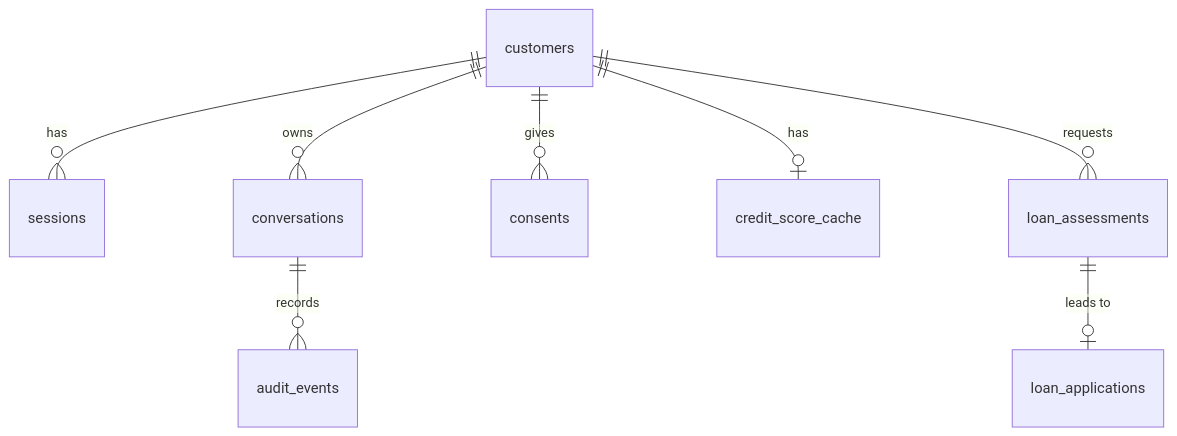
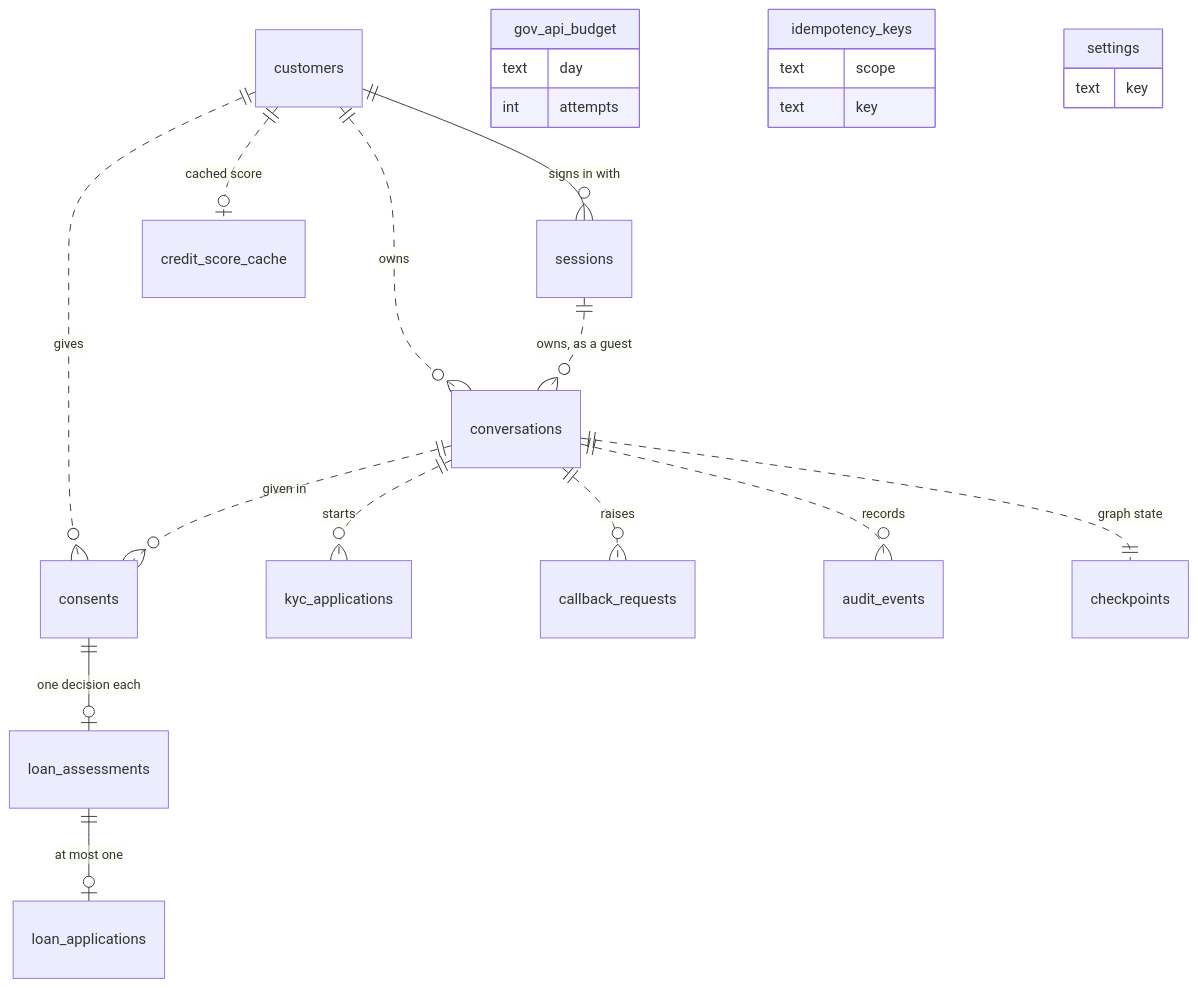
The sixth of 7 diagrams in docs/ARCHITECTURE.md (samitha9125/Kaya-Interview), drawn with Mermaid before and after one commit. The commit also changed other lines of this file, not shown here.

First line of the commit message:
docs(architecture): a database design section and fixes to match the code

````diff
--- a/docs/ARCHITECTURE.md
+++ b/docs/ARCHITECTURE.md
@@ -235,10 +237,26 @@
 ```mermaid
 erDiagram
-  customers ||--o{ sessions : has
-  customers ||--o{ conversations : owns
-  customers ||--o{ consents : gives
-  customers ||--o| credit_score_cache : has
-  customers ||--o{ loan_assessments : requests
-  loan_assessments ||--o| loan_applications : "leads to"
-  conversations ||--o{ audit_events : records
+  customers ||--o{ sessions : "signs in with"
+  customers ||..o{ conversations : owns
+  sessions ||..o{ conversations : "owns, as a guest"
+  customers ||..o| credit_score_cache : "cached score"
+  customers ||..o{ consents : gives
+  conversations ||..o{ consents : "given in"
+  consents ||--o| loan_assessments : "one decision each"
+  loan_assessments ||--o| loan_applications : "at most one"
+  conversations ||..o{ kyc_applications : starts
+  conversations ||..o{ callback_requests : raises
+  conversations ||..o{ audit_events : records
+  conversations ||..|| checkpoints : "graph state"
+  gov_api_budget {
+    text day
+    int attempts
+  }
+  idempotency_keys {
+    text scope
+    text key
+  }
+  settings {
+    text key
+  }
 ```
````
